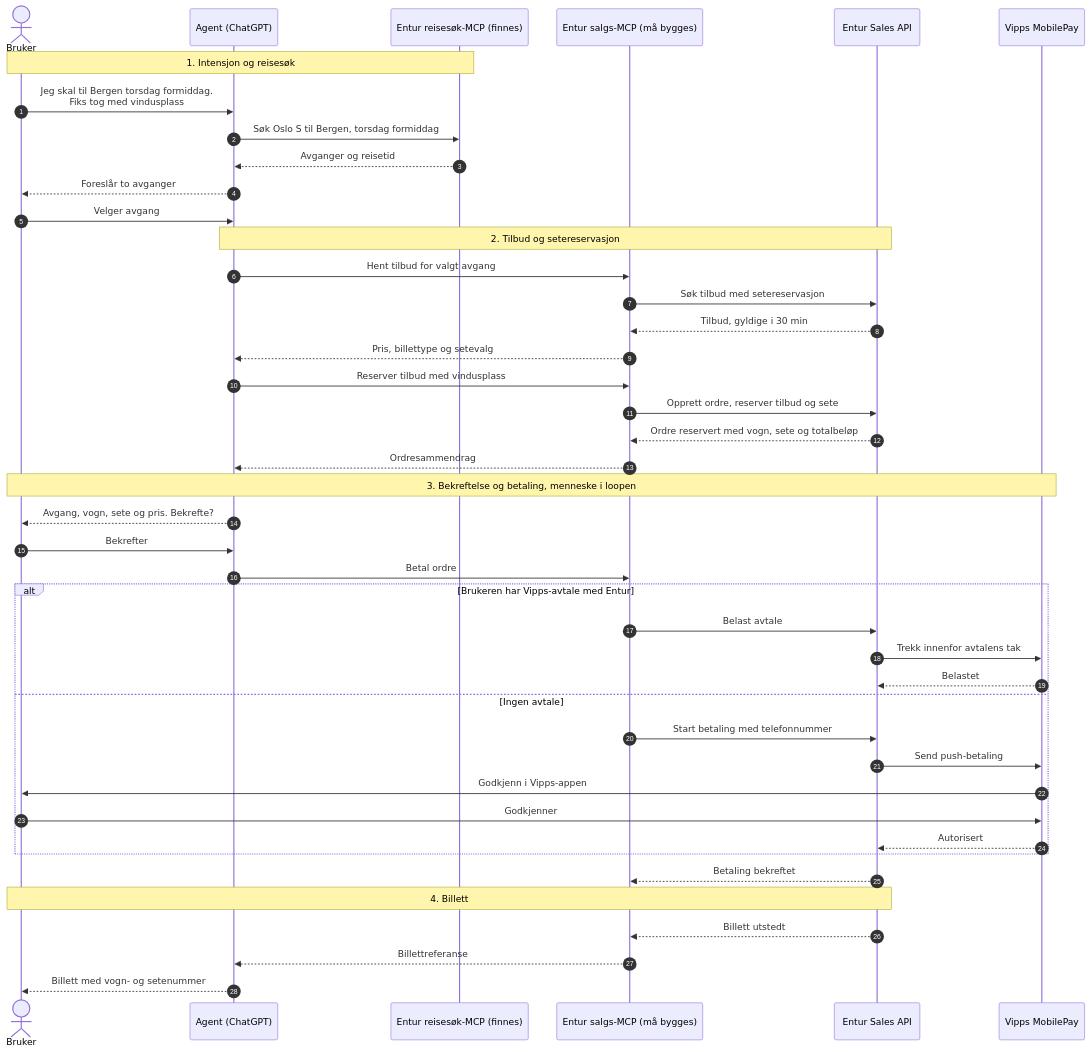
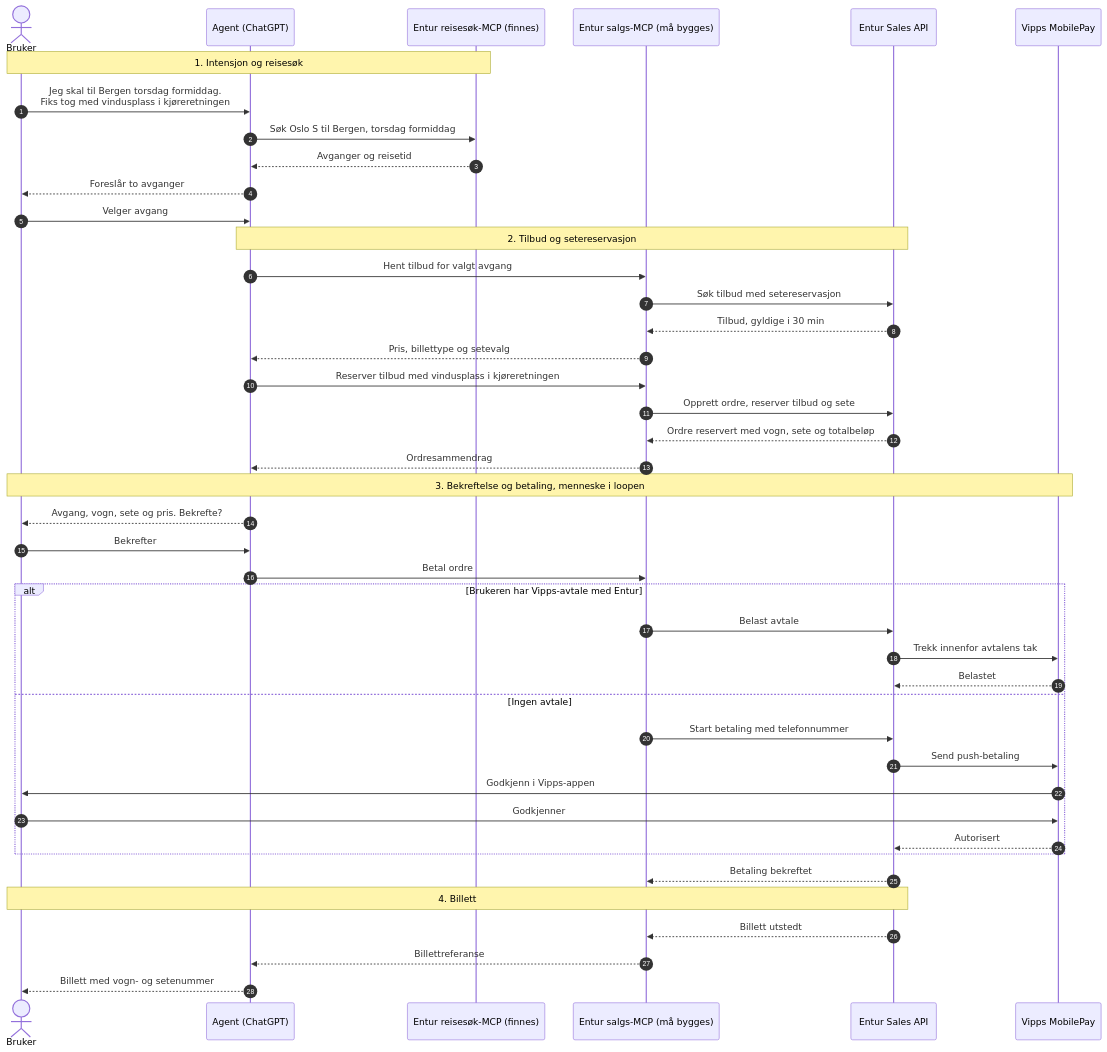
Before and after one commit to entur/agentisk-betaling: the diagram in brukerflyt/bergen-flyt.mmd, drawn with Mermaid. The commit also changed 7 other files, not shown here.

First line of the commit message:
Aulestad med honnørbillett og vindusplass i kjøreretningen til Bergen

```diff
--- a/brukerflyt/bergen-flyt.mmd
+++ b/brukerflyt/bergen-flyt.mmd
@@ -1,47 +1,47 @@
 sequenceDiagram
     autonumber
     actor B as Bruker
     participant A as Agent (ChatGPT)
     participant R as Entur reisesøk-MCP (finnes)
     participant S as Entur salgs-MCP (må bygges)
     participant API as Entur Sales API
     participant V as Vipps MobilePay
 
     Note over B,R: 1. Intensjon og reisesøk
-    B->>A: Jeg skal til Bergen torsdag formiddag.<br/>Fiks tog med vindusplass
+    B->>A: Jeg skal til Bergen torsdag formiddag.<br/>Fiks tog med vindusplass i kjøreretningen
     A->>R: Søk Oslo S til Bergen, torsdag formiddag
     R-->>A: Avganger og reisetid
     A-->>B: Foreslår to avganger
     B->>A: Velger avgang
 
     Note over A,API: 2. Tilbud og setereservasjon
     A->>S: Hent tilbud for valgt avgang
     S->>API: Søk tilbud med setereservasjon
     API-->>S: Tilbud, gyldige i 30 min
     S-->>A: Pris, billettype og setevalg
-    A->>S: Reserver tilbud med vindusplass
+    A->>S: Reserver tilbud med vindusplass i kjøreretningen
     S->>API: Opprett ordre, reserver tilbud og sete
     API-->>S: Ordre reservert med vogn, sete og totalbeløp
     S-->>A: Ordresammendrag
 
     Note over B,V: 3. Bekreftelse og betaling, menneske i loopen
     A-->>B: Avgang, vogn, sete og pris. Bekrefte?
     B->>A: Bekrefter
     A->>S: Betal ordre
     alt Brukeren har Vipps-avtale med Entur
         S->>API: Belast avtale
         API->>V: Trekk innenfor avtalens tak
         V-->>API: Belastet
     else Ingen avtale
         S->>API: Start betaling med telefonnummer
         API->>V: Send push-betaling
         V->>B: Godkjenn i Vipps-appen
         B->>V: Godkjenner
         V-->>API: Autorisert
     end
     API-->>S: Betaling bekreftet
 
     Note over B,API: 4. Billett
     API-->>S: Billett utstedt
     S-->>A: Billettreferanse
     A-->>B: Billett med vogn- og setenummer
```
